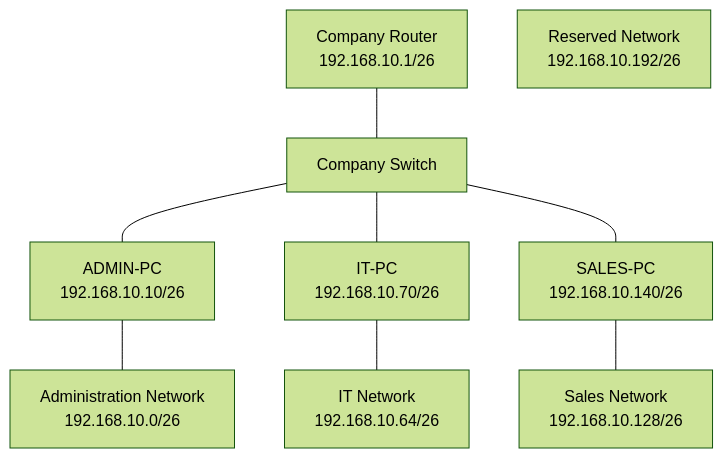
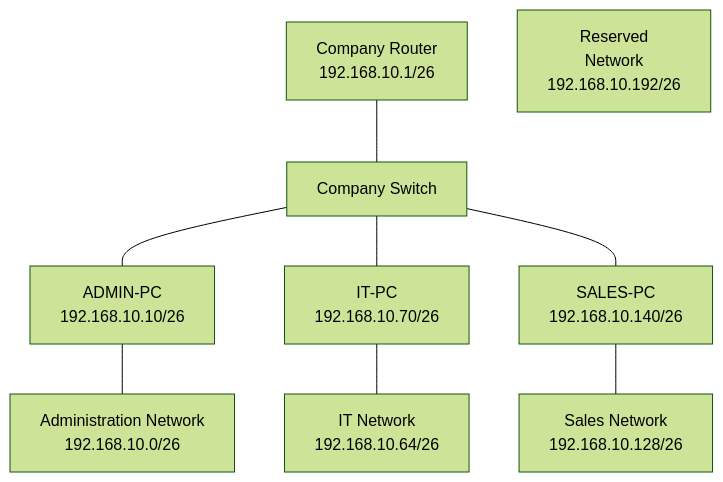
Before and after one commit to dadaarinade-ai/network-portfolio: the diagram in PROJECTS/Project 04/Network topology.mmd, drawn with Mermaid (forest theme).

Commit message:
Update Network topology.mmd

```diff
--- a/PROJECTS/Project 04/Network topology.mmd
+++ b/PROJECTS/Project 04/Network topology.mmd
@@ -1,11 +1,11 @@
 flowchart TD
     A[Company Router<br/>192.168.10.1/26] --- B[Company Switch]
     B --- C[ADMIN-PC<br/>192.168.10.10/26]
     B --- D[IT-PC<br/>192.168.10.70/26]
     B --- E[SALES-PC<br/>192.168.10.140/26]
 
     C --- F[Administration Network<br/>192.168.10.0/26]
     D --- G[IT Network<br/>192.168.10.64/26]
     E --- H[Sales Network<br/>192.168.10.128/26]
 
-    I[Reserved Network<br/>192.168.10.192/26]
+    I[Reserved<br/>Network<br/>192.168.10.192/26]
```
